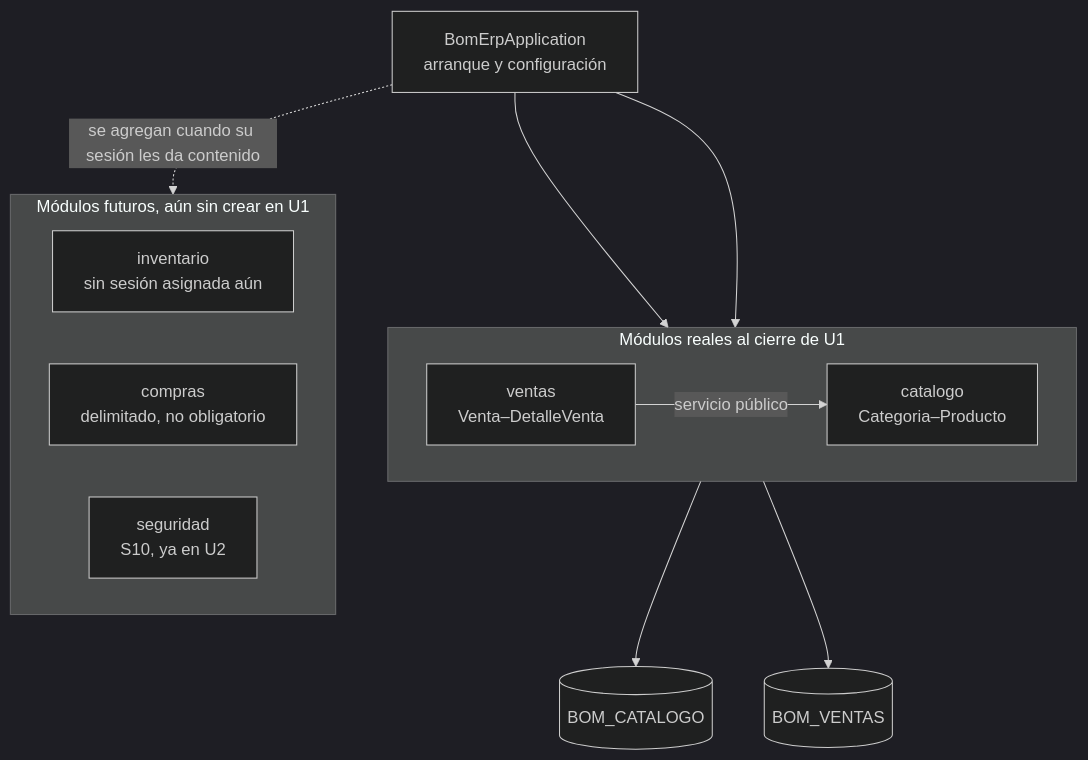
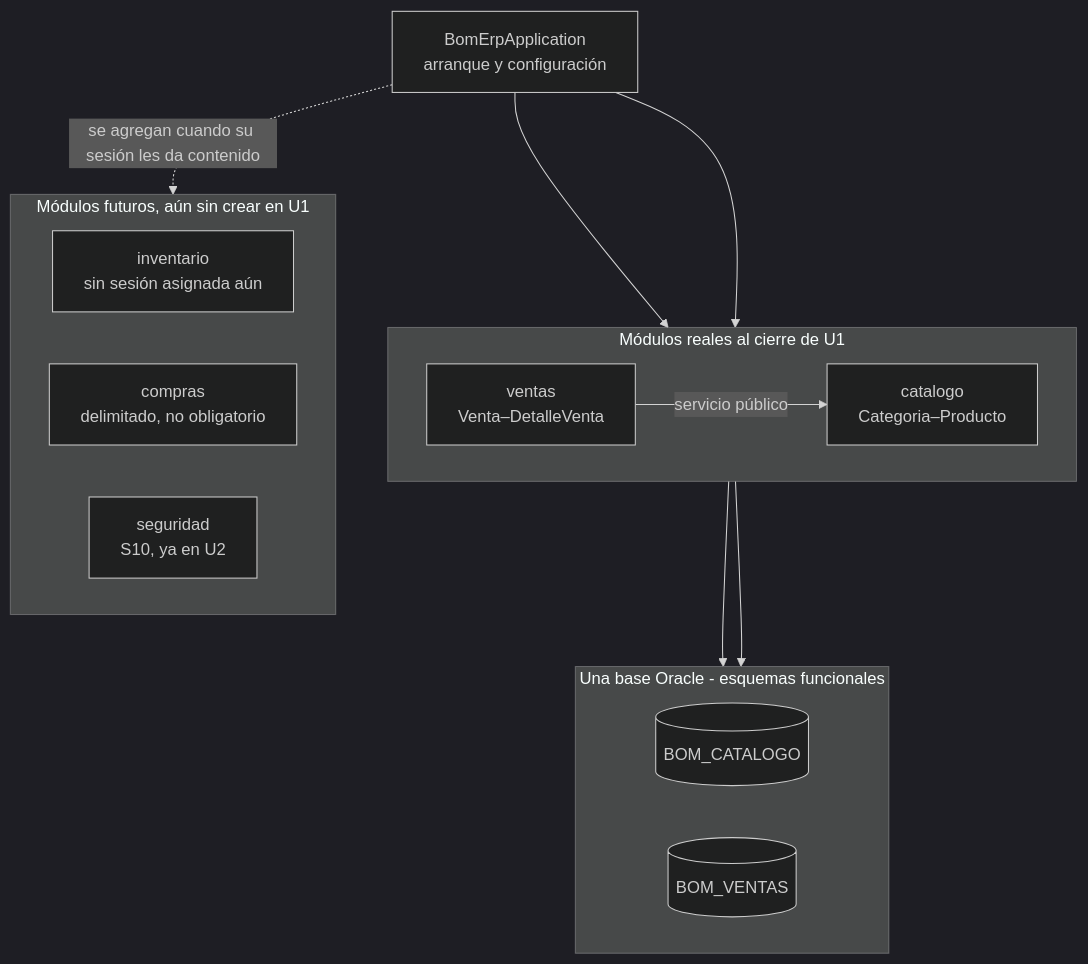
Before and after one commit to 262ciclo4/bomerp: the third of 3 diagrams in docs/proyecto-integrador/u1/ads-producto.md, drawn with Mermaid (dark theme).

Commit message:
S5: Evaluacion unidad 1

````diff
--- a/docs/proyecto-integrador/u1/ads-producto.md
+++ b/docs/proyecto-integrador/u1/ads-producto.md
@@ -75,28 +75,31 @@
 ```mermaid
 flowchart TB
     APP[BomErpApplication<br/>arranque y configuración]
 
     subgraph REAL[Módulos reales al cierre de U1]
         direction LR
         CAT[catalogo<br/>Categoria–Producto]
         VEN[ventas<br/>Venta–DetalleVenta]
     end
 
-    SCAT[(BOM_CATALOGO)]
-    SVEN[(BOM_VENTAS)]
+    subgraph ORACLE[Una base Oracle - esquemas funcionales]
+        direction LR
+        SCAT[(BOM_CATALOGO)]
+        SVEN[(BOM_VENTAS)]
+    end
 
     subgraph FUT[Módulos futuros, aún sin crear en U1]
         direction LR
         INV[inventario<br/>sin sesión asignada aún]
         COM[compras<br/>delimitado, no obligatorio]
         SEG[seguridad<br/>S10, ya en U2]
     end
 
     APP --> CAT
     APP --> VEN
     VEN -->|servicio público| CAT
     CAT --> SCAT
     VEN --> SVEN
 
     APP -. se agregan cuando su sesión les da contenido .-> FUT
 ```
````
